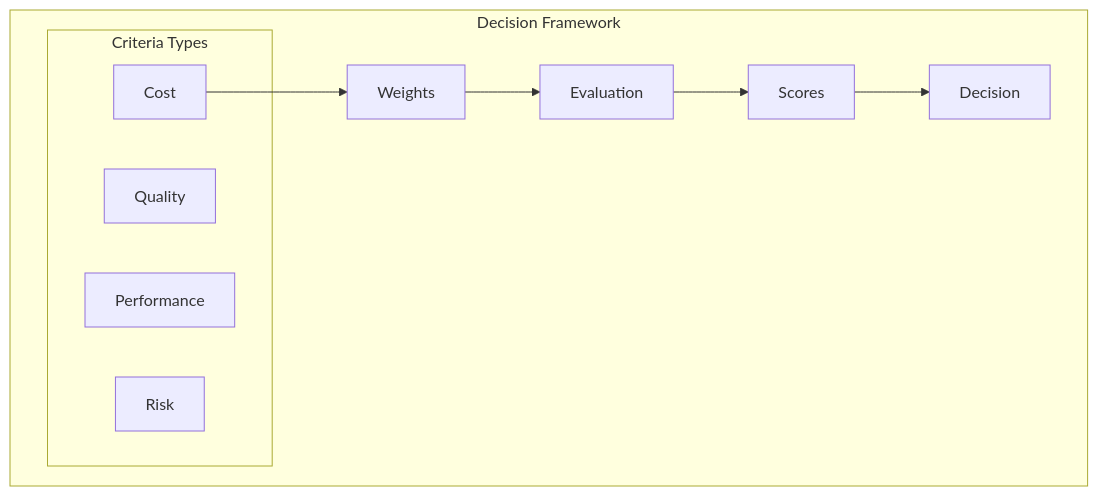
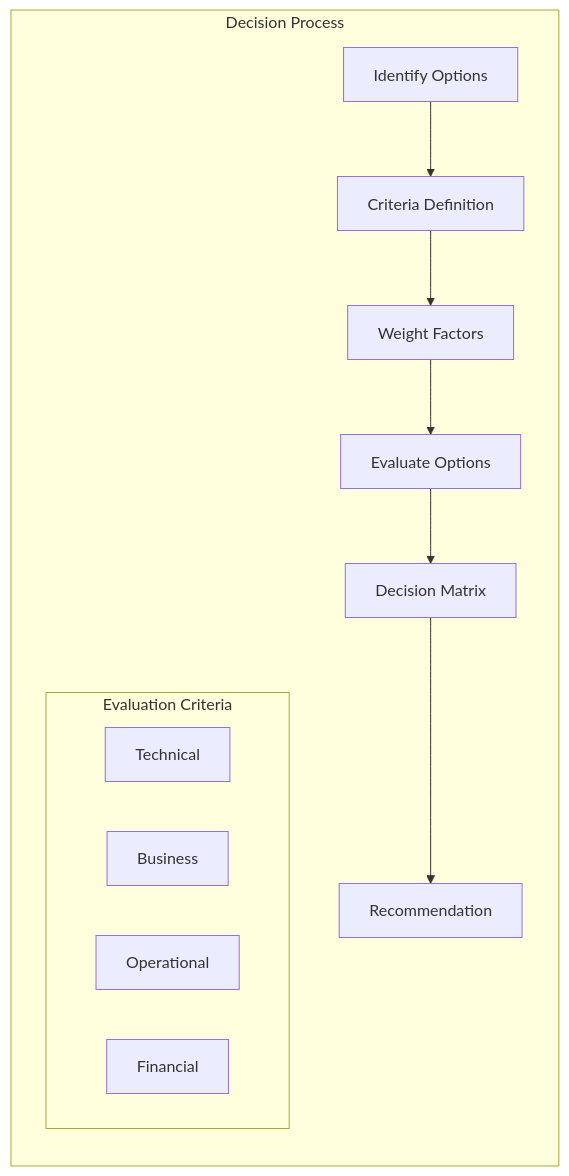
Before and after one commit to saravanakumarrc/Architecture_Journey: the third of 3 diagrams in src/Trade_off_Analysis.md, drawn with Mermaid. The commit also changed other lines of this file and 11 other files, not shown here.

First line of the commit message:
Refactor documentation for scalability, security, service mesh, trade-off analysis, and zero trust architecture

````diff
--- a/src/Trade_off_Analysis.md
+++ b/src/Trade_off_Analysis.md
@@ -248,16 +136,19 @@
 ```mermaid
 graph TB
-    subgraph "Decision Framework"
-        C[Criteria] --> W[Weights]
-        W --> E[Evaluation]
-        E --> S[Scores]
-        S --> D[Decision]
+    subgraph "Decision Process"
+        direction TB
         
-        subgraph "Criteria Types"
-            Q[Quality]
-            P[Performance]
-            C[Cost]
-            R[Risk]
+        I[Identify Options] --> C[Criteria Definition]
+        C --> W[Weight Factors]
+        W --> E[Evaluate Options]
+        E --> D[Decision Matrix]
+        D --> R[Recommendation]
+        
+        subgraph "Evaluation Criteria"
+            T[Technical]
+            B[Business]
+            O[Operational]
+            F[Financial]
         end
     end
 ```
````
